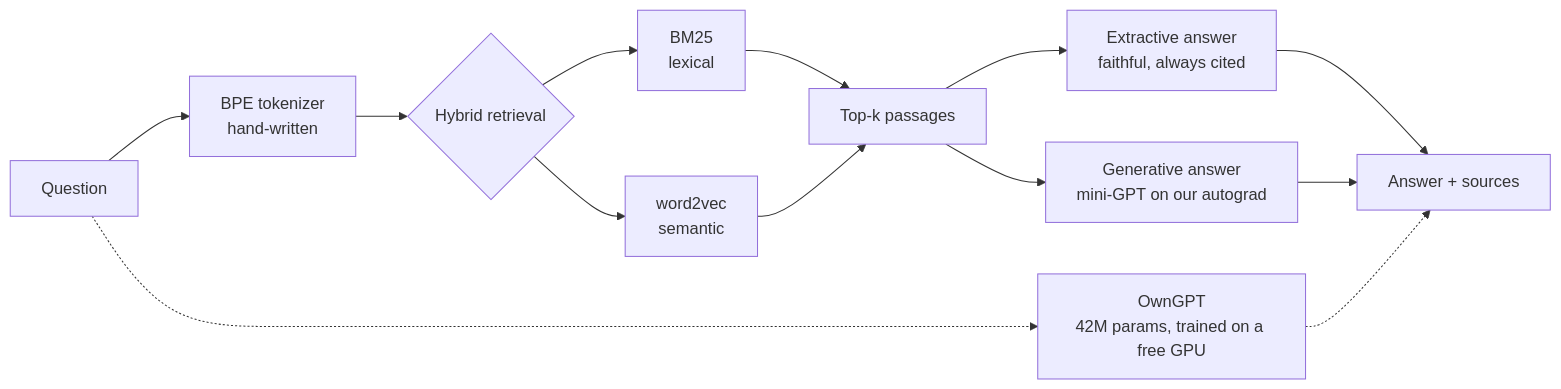
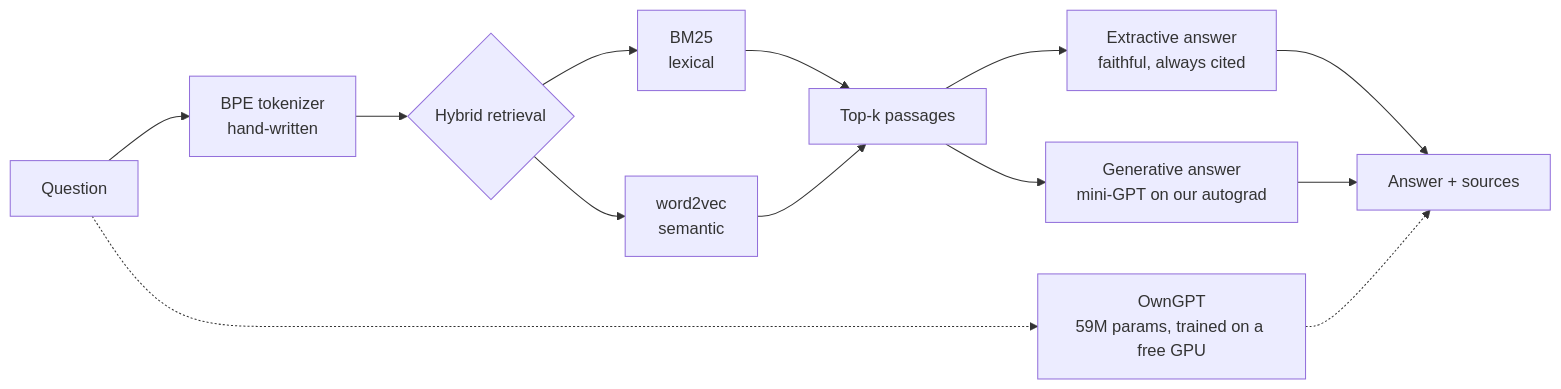
Before and after one commit to Zlarien/OwnAI: the diagram in README.md, drawn with Mermaid. The commit also changed other lines of this file and 1 other file, not shown here.

Commit message:
docs: nombre exact de paramètres du modèle entraîné (59 253 248, mesuré sur le checkpoint)

````diff
--- a/README.md
+++ b/README.md
@@ -17,15 +17,15 @@
 ```mermaid
 flowchart LR
     Q[Question] --> T[BPE tokenizer<br/>hand-written]
     T --> R{Hybrid retrieval}
     R --> BM[BM25<br/>lexical]
     R --> W2[word2vec<br/>semantic]
     BM --> K[Top-k passages]
     W2 --> K
     K --> E[Extractive answer<br/>faithful, always cited]
     K --> G[Generative answer<br/>mini-GPT on our autograd]
     E --> A[Answer + sources]
     G --> A
-    Q -.-> O[OwnGPT<br/>42M params, trained on a free GPU]
+    Q -.-> O[OwnGPT<br/>59M params, trained on a free GPU]
     O -.-> A
 ```
````
